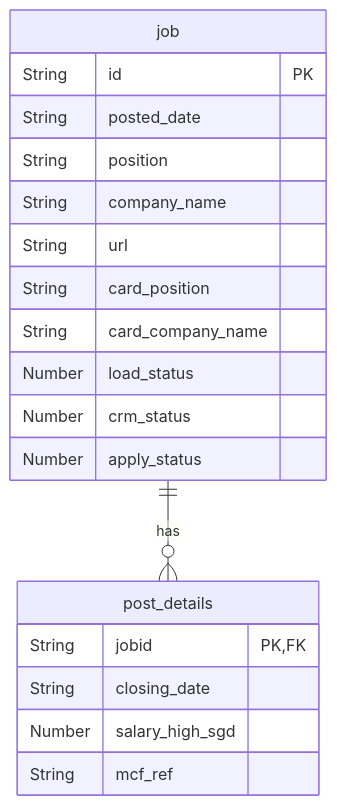
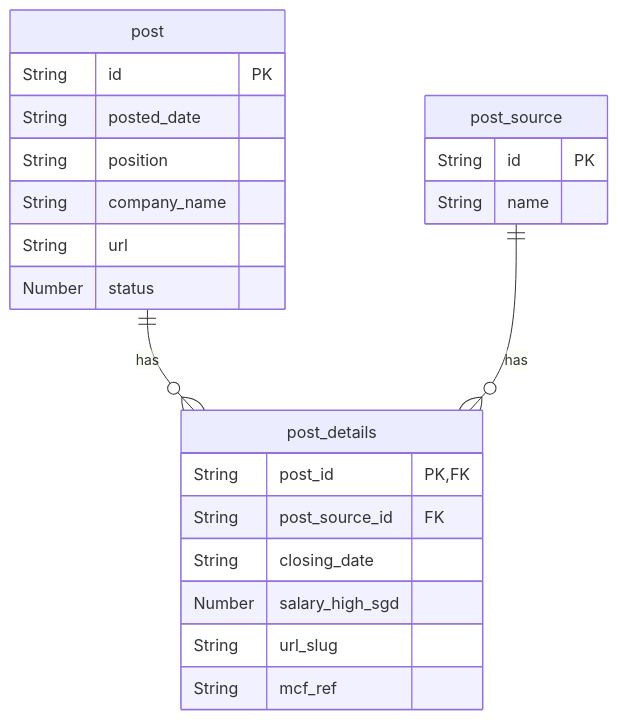
The first of 4 diagrams in docs/data_model.md (yayfalafels/mcfpipe), drawn with Mermaid before and after one commit. The commit also changed other lines of this file and 15 other files, not shown here.

````diff
--- a/docs/data_model.md
+++ b/docs/data_model.md
@@ -30,24 +50,28 @@
 ```mermaid
 erDiagram
-    job {
+    post {
         String id PK
         String posted_date
         String position
         String company_name
         String url
-        String card_position
-        String card_company_name
-        Number load_status
-        Number crm_status
-        Number apply_status
+        Number status
     }
 
     post_details {
-        String jobid PK, FK
+        String post_id PK, FK
+        String post_source_id FK
         String closing_date
         Number salary_high_sgd
+        String url_slug
         String mcf_ref
     }
 
-    job ||--o{ post_details : has
+    post_source {
+        String id PK
+        String name
+    }
+
+    post ||--o{ post_details : has
+    post_source ||--o{ post_details : has
 ```
````
